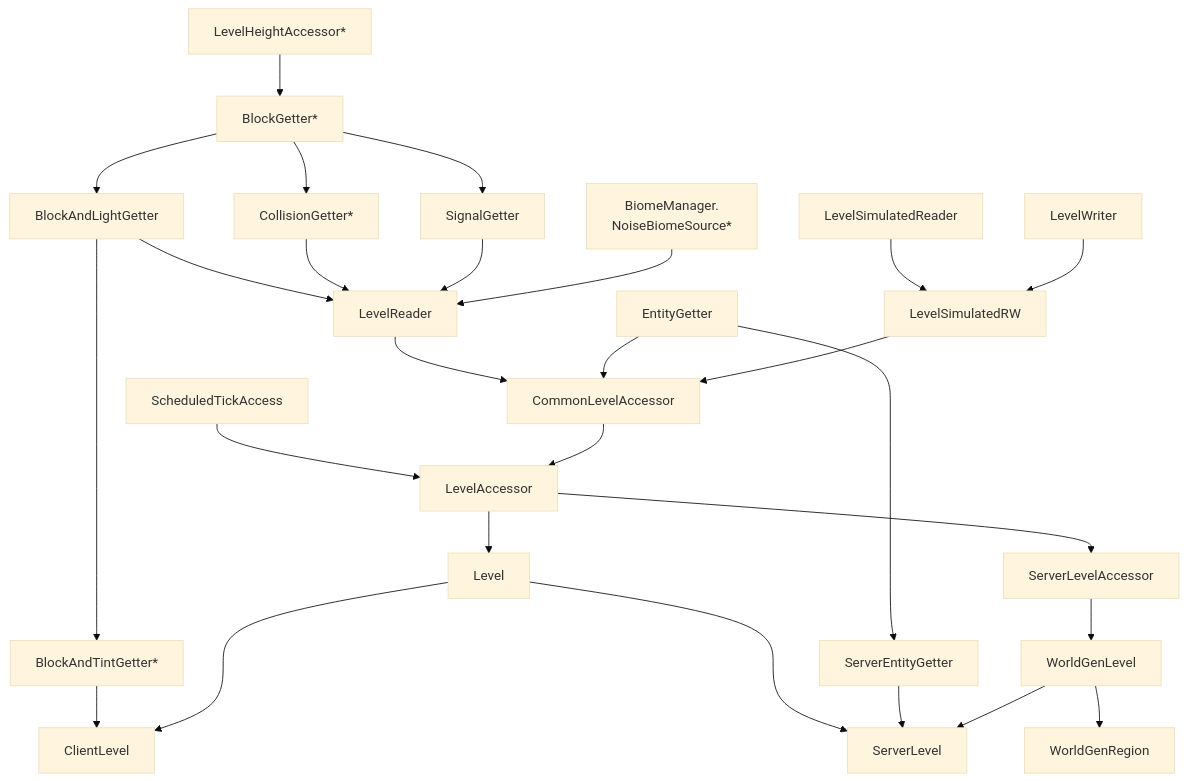
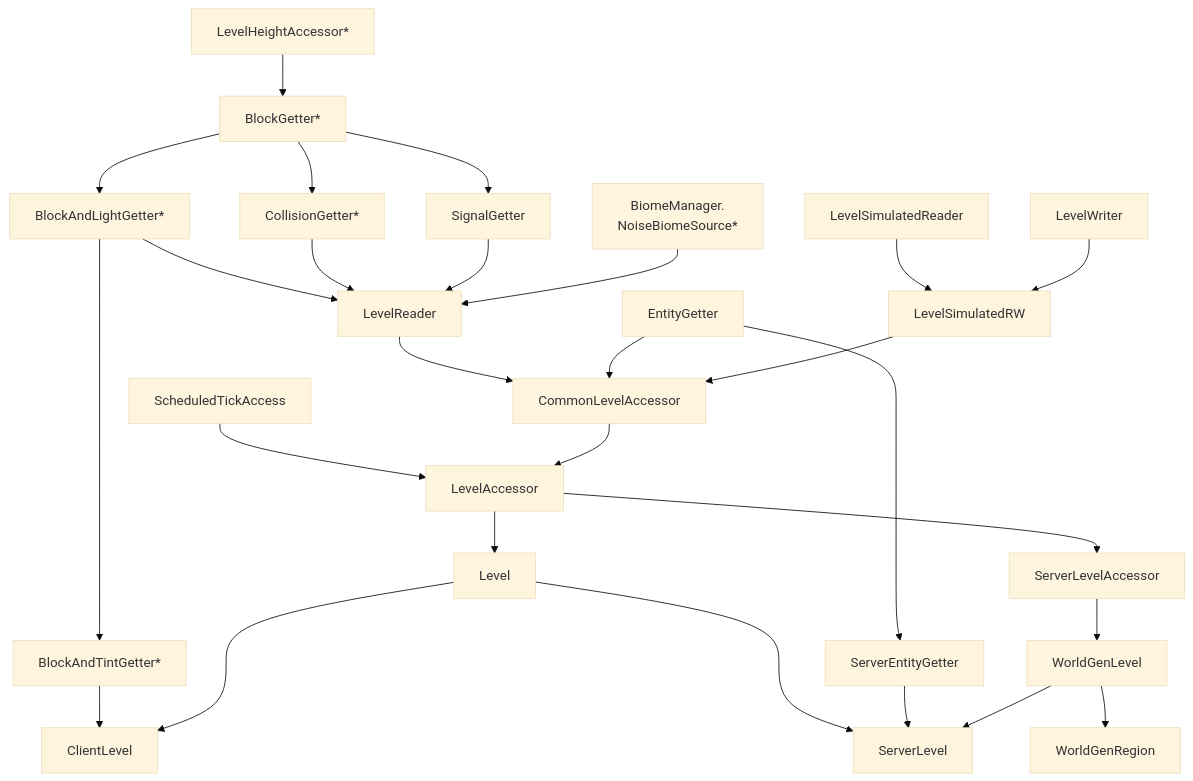
Before and after one commit to neoforged/Documentation: the first of 2 diagrams in docs/misc/levels.md, drawn with Mermaid (base theme). The commit also changed other lines of this file and 1 other file, not shown here.

````diff
--- a/docs/misc/levels.md
+++ b/docs/misc/levels.md
@@ -13,24 +83,25 @@
 ```mermaid
 graph TB
     LevelHeightAccessor["LevelHeightAccessor*"];
     BlockGetter["BlockGetter*"];
+    BlockAndLightGetter["BlockAndLightGetter*"];
     BlockAndTintGetter["BlockAndTintGetter*"];
     CollisionGetter["CollisionGetter*"];
     NoiseBiomeSource["`BiomeManager.
     NoiseBiomeSource*`"];
     
     BlockAndLightGetter --> BlockAndTintGetter --> ClientLevel;
     LevelAccessor --> Level --> ClientLevel & ServerLevel;
     EntityGetter --> ServerEntityGetter --> ServerLevel;
     LevelAccessor --> ServerLevelAccessor --> WorldGenLevel --> ServerLevel & WorldGenRegion;
     Level ~~~ BlockAndTintGetter & ServerEntityGetter;
     ScheduledTickAccess & CommonLevelAccessor --> LevelAccessor;
     LevelReader & EntityGetter --> CommonLevelAccessor;
     LevelSimulatedReader & LevelWriter --> LevelSimulatedRW --> CommonLevelAccessor;
     LevelHeightAccessor --> BlockGetter --> BlockAndLightGetter & CollisionGetter & SignalGetter --> LevelReader;
     NoiseBiomeSource --> LevelReader;
 
     class WorldGenLevel,ServerLevelAccessor,LevelAccessor,CommonLevelAccessor,EntityGetter,ServerEntityGetter,BlockAndLightGetter,BlockAndTintGetter,ScheduledTickAccess,LevelSimulatedRW,LevelSimulatedReader,LevelWriter,LevelReader,NoiseBiomeSource,CollisionGetter,SignalGetter,BlockGetter,LevelHeightAccessor green;
     class Level yellow;
     class ClientLevel,ServerLevel,WorldGenRegion blue;
 ```
````
